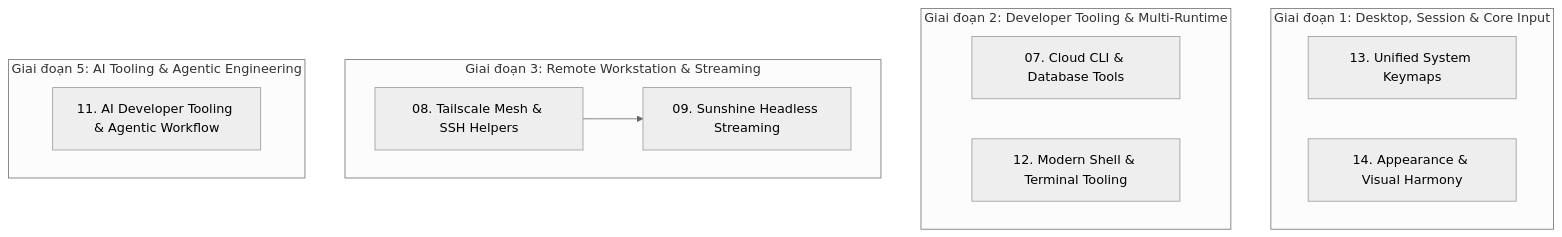
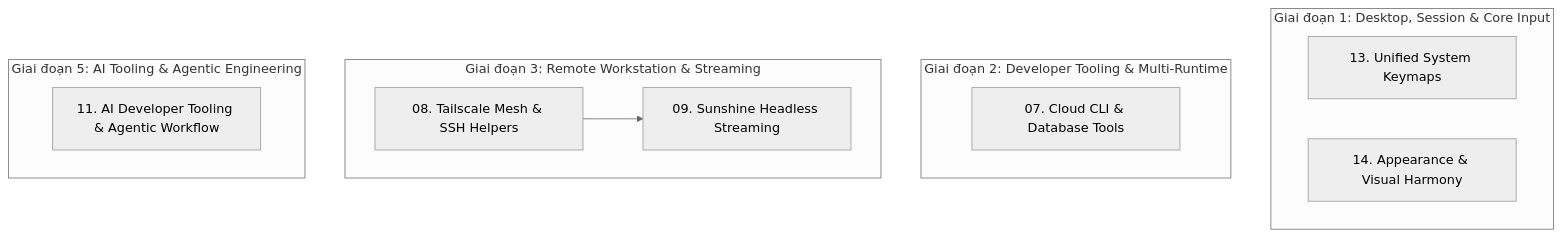
One commit to Aethries/dotfiles changed the diagram in plans/README.md. Above: the diagram before and after it, drawn with Mermaid (neutral theme). The commit also changed other lines of this file and 1 other file, not shown here.

````diff
--- a/plans/README.md
+++ b/plans/README.md
@@ -9,21 +9,20 @@
 ```mermaid
 flowchart TD
     subgraph G1["Giai đoạn 1: Desktop, Session & Core Input"]
         P13["13. Unified System Keymaps"]
         P14["14. Appearance & Visual Harmony"]
     end
 
     subgraph G2["Giai đoạn 2: Developer Tooling & Multi-Runtime"]
         P07["07. Cloud CLI & Database Tools"]
-        P12["12. Modern Shell & Terminal Tooling"]
     end
 
     subgraph G3["Giai đoạn 3: Remote Workstation & Streaming"]
         P08["08. Tailscale Mesh & SSH Helpers"]
         P08 --> P09["09. Sunshine Headless Streaming"]
     end
 
     subgraph G5["Giai đoạn 5: AI Tooling & Agentic Engineering"]
         P11["11. AI Developer Tooling & Agentic Workflow"]
     end
 ```
````
